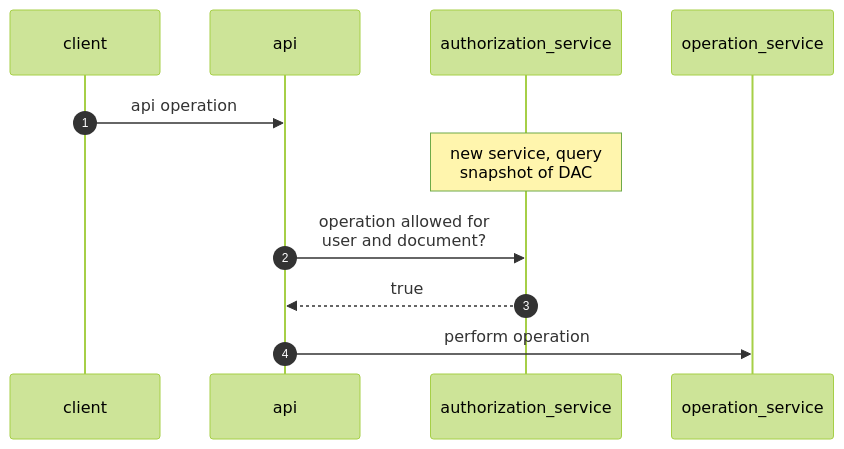
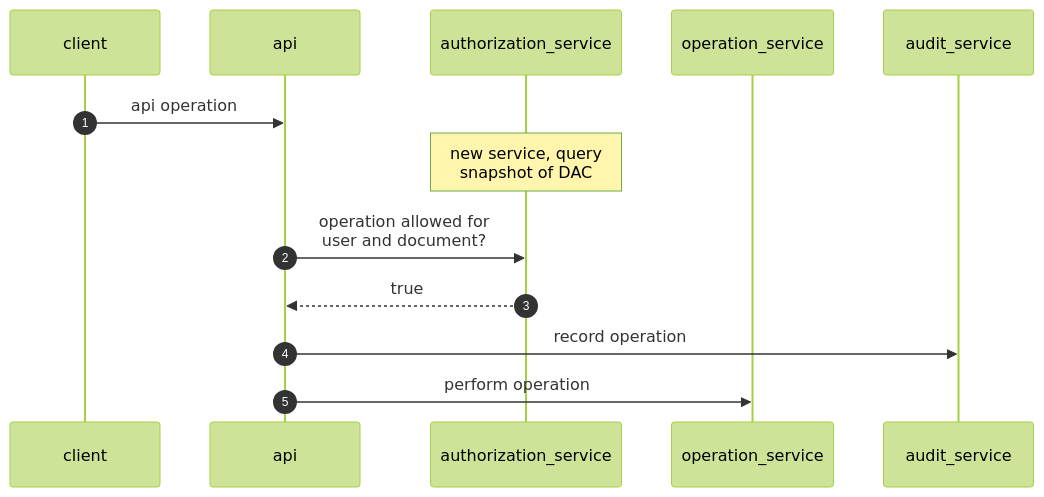
The first of 4 diagrams in docs/managed-access.md (ebi-ait/ingest-core), drawn with Mermaid (forest theme) before and after one commit. The commit also changed other lines of this file, not shown here.

````diff
--- a/docs/managed-access.md
+++ b/docs/managed-access.md
@@ -6,18 +11,19 @@
 ```mermaid
 sequenceDiagram
 
         participant client
         participant api
         participant authorization_service
         participant operation_service
+        participant audit_service
 
         autonumber
     
         client ->> api: api operation
         note over authorization_service: new service, query <br>snapshot of DAC
         api ->> authorization_service: operation allowed for<br> user and document?
         
         authorization_service -->> api: true
-        
+        api ->> audit_service: record operation
         api ->> operation_service: perform operation
 ```
````
